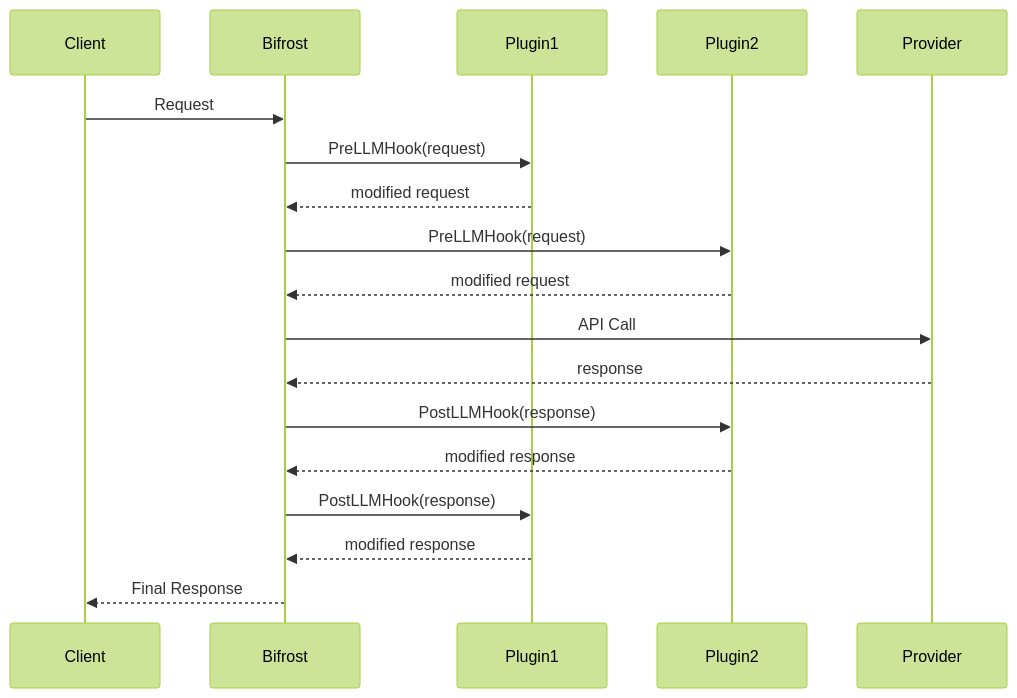
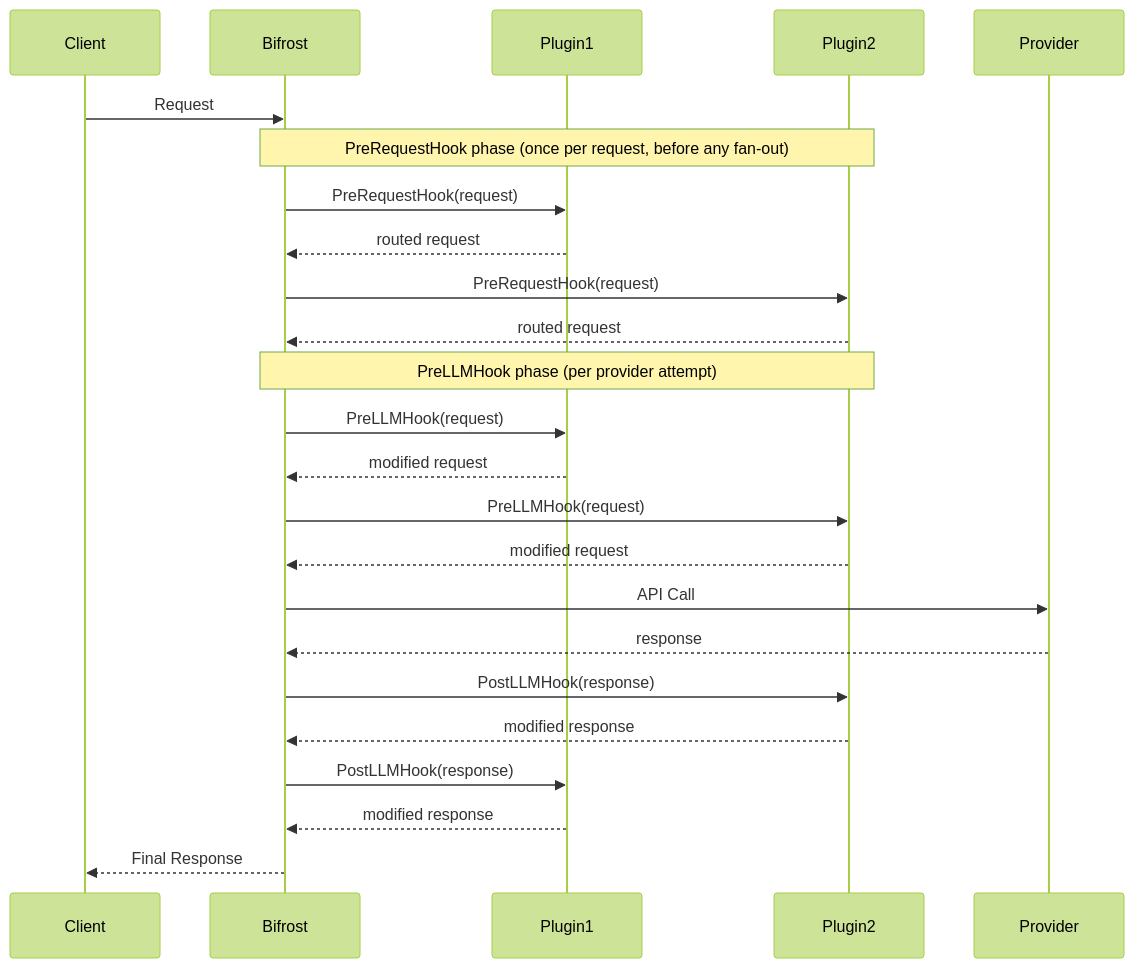
One commit to akhsaul/bifrost changed the third of 10 diagrams in docs/architecture/core/plugins.mdx. Above: the diagram before and after it, drawn with Mermaid (forest theme). The commit also changed other lines of this file and 4 other files, not shown here.

First line of the commit message:
docs: add `PreRequestHook` routing phase to plugin lifecycle and sequencing docs (#4178)

````diff
--- a/docs/architecture/core/plugins.mdx
+++ b/docs/architecture/core/plugins.mdx
@@ -142,21 +146,27 @@
 ```mermaid
 sequenceDiagram
     participant Client
     participant Bifrost
     participant Plugin1
     participant Plugin2
     participant Provider
 
     Client->>Bifrost: Request
+    Note over Bifrost,Plugin2: PreRequestHook phase (once per request, before any fan-out)
+    Bifrost->>Plugin1: PreRequestHook(request)
+    Plugin1-->>Bifrost: routed request
+    Bifrost->>Plugin2: PreRequestHook(request)
+    Plugin2-->>Bifrost: routed request
+    Note over Bifrost,Plugin2: PreLLMHook phase (per provider attempt)
     Bifrost->>Plugin1: PreLLMHook(request)
     Plugin1-->>Bifrost: modified request
     Bifrost->>Plugin2: PreLLMHook(request)
     Plugin2-->>Bifrost: modified request
     Bifrost->>Provider: API Call
     Provider-->>Bifrost: response
     Bifrost->>Plugin2: PostLLMHook(response)
     Plugin2-->>Bifrost: modified response
     Bifrost->>Plugin1: PostLLMHook(response)
     Plugin1-->>Bifrost: modified response
     Bifrost-->>Client: Final Response
 ```
````
